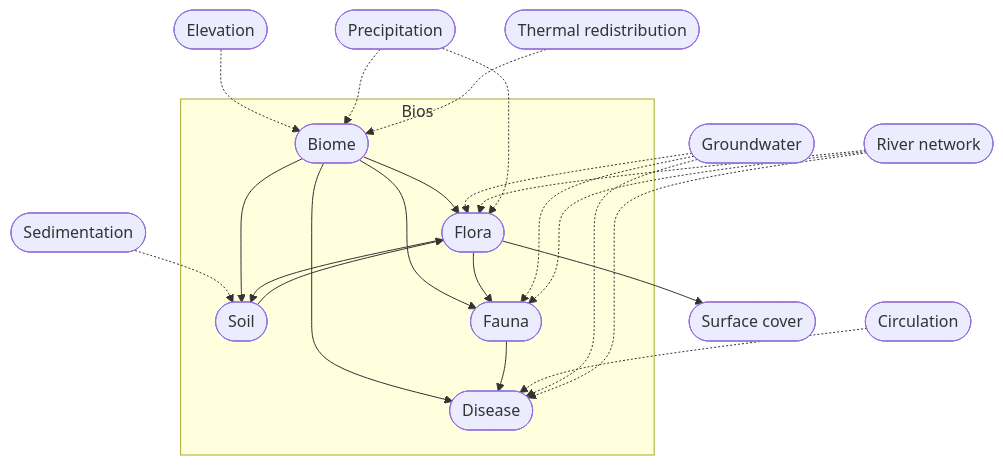
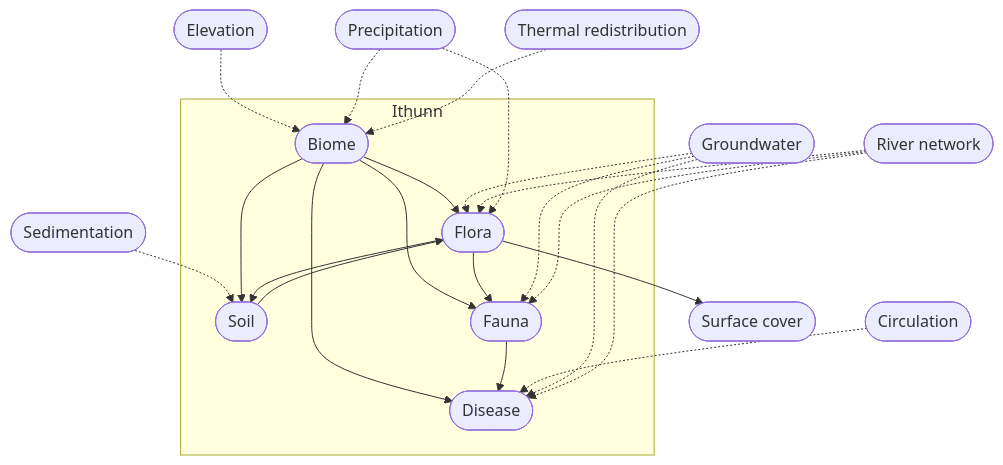
Before and after one commit to lagardej/mimameithr: the seventh of 8 diagrams in docs/concerns.adoc, drawn with Mermaid. The commit also changed other lines of this file and 3 other files, not shown here.

```diff
--- a/docs/concerns.adoc
+++ b/docs/concerns.adoc
@@ -503,42 +503,42 @@
 [mermaid]
 ....
 flowchart TB
-    subgraph Bios
+    subgraph Ithunn
         Biome([Biome])
         Flora([Flora])
         Soil([Soil])
         Fauna([Fauna])
         Disease([Disease])
     end
 
     Sedimentation([Sedimentation])
     Elevation([Elevation])
     Precipitation([Precipitation])
     ThermalRedistribution([Thermal redistribution])
     Groundwater([Groundwater])
     RiverNetwork([River network])
     Circulation([Circulation])
     SurfaceCover([Surface cover])
 
     Sedimentation -.-> Soil
     Elevation -.-> Biome
     Precipitation -.-> Biome
     ThermalRedistribution -.-> Biome
     Biome --> Flora
     Biome --> Fauna
     Biome --> Soil
     Biome --> Disease
     Soil --> Flora
     Flora --> Soil
     Flora --> Fauna
     Flora --> SurfaceCover
     Groundwater -.-> Flora
     RiverNetwork -.-> Flora
     Precipitation -.-> Flora
     Groundwater -.-> Fauna
     RiverNetwork -.-> Fauna
     Fauna --> Disease
     Circulation -.-> Disease
     Groundwater -.-> Disease
     RiverNetwork -.-> Disease
 ....
```
